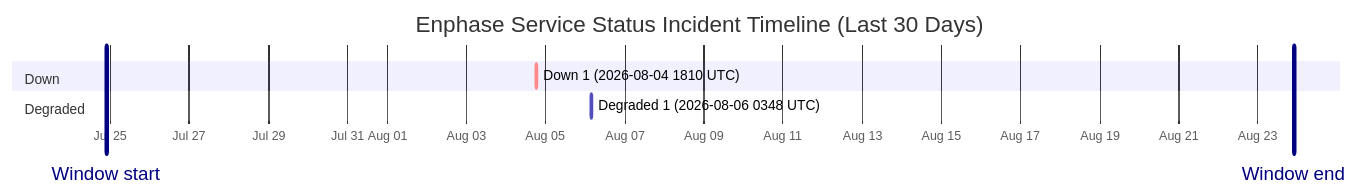
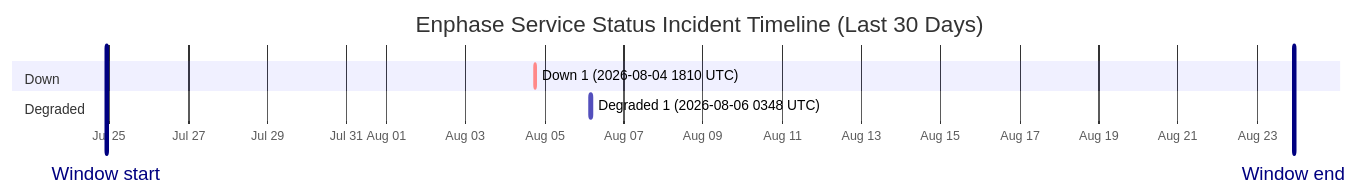
One commit to barneyonline/ha-enphase-energy changed the diagram in wiki/Service-Status-History.md. Above: the diagram before and after it, drawn with Mermaid. The commit also changed other lines of this file and 3 other files, not shown here.

````diff
--- a/wiki/Service-Status-History.md
+++ b/wiki/Service-Status-History.md
@@ -14,12 +14,12 @@
 ```mermaid
 gantt
     title Enphase Service Status Incident Timeline (Last 30 Days)
     dateFormat  YYYY-MM-DDTHH:mm:ss
     axisFormat  %b %d
-    Window start :vert, window-start, 2026-07-24T21:44:56, 0ms
-    Window end :vert, window-end, 2026-08-23T21:44:56, 0ms
+    Window start :vert, window-start, 2026-07-24T22:19:09, 0ms
+    Window end :vert, window-end, 2026-08-23T22:19:09, 0ms
     section Down
     Down 1 (2026-08-04 1810 UTC) :crit, down-1, 2026-08-04T18:10:46, 60m
     section Degraded
     Degraded 1 (2026-08-06 0348 UTC) :active, degraded-1, 2026-08-06T03:48:14, 60m
 ```
````
